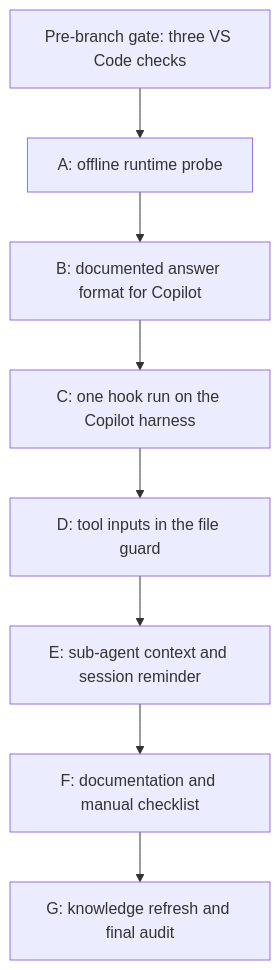
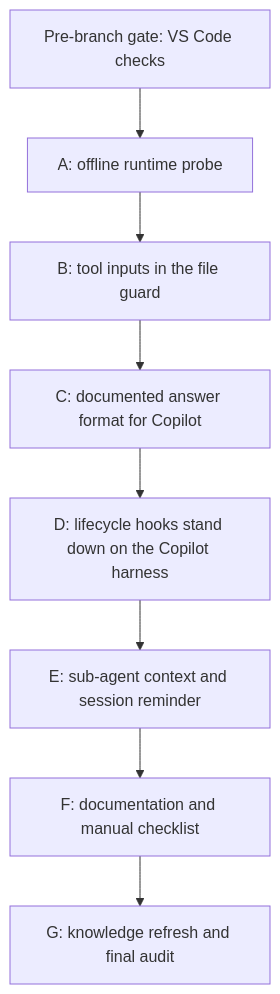
Before and after one commit to Ghisso/github_copilot_bootstrap: the diagram in plans/copilot-harness-migration.md, drawn with Mermaid. The commit also changed other lines of this file and 12 other files, not shown here.

````diff
--- a/plans/copilot-harness-migration.md
+++ b/plans/copilot-harness-migration.md
@@ -187,10 +221,10 @@
 ```mermaid
 flowchart TD
-  G0[Pre-branch gate: three VS Code checks] --> A[A: offline runtime probe]
-  A --> B[B: documented answer format for Copilot]
-  B --> C[C: one hook run on the Copilot harness]
-  C --> D[D: tool inputs in the file guard]
+  G0[Pre-branch gate: VS Code checks] --> A[A: offline runtime probe]
+  A --> B[B: tool inputs in the file guard]
+  B --> C[C: documented answer format for Copilot]
+  C --> D[D: lifecycle hooks stand down on the Copilot harness]
   D --> E[E: sub-agent context and session reminder]
   E --> F[F: documentation and manual checklist]
   F --> G[G: knowledge refresh and final audit]
 ```
````
